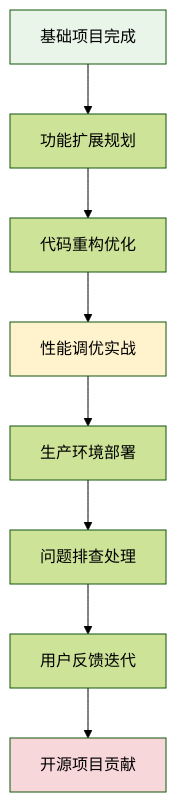
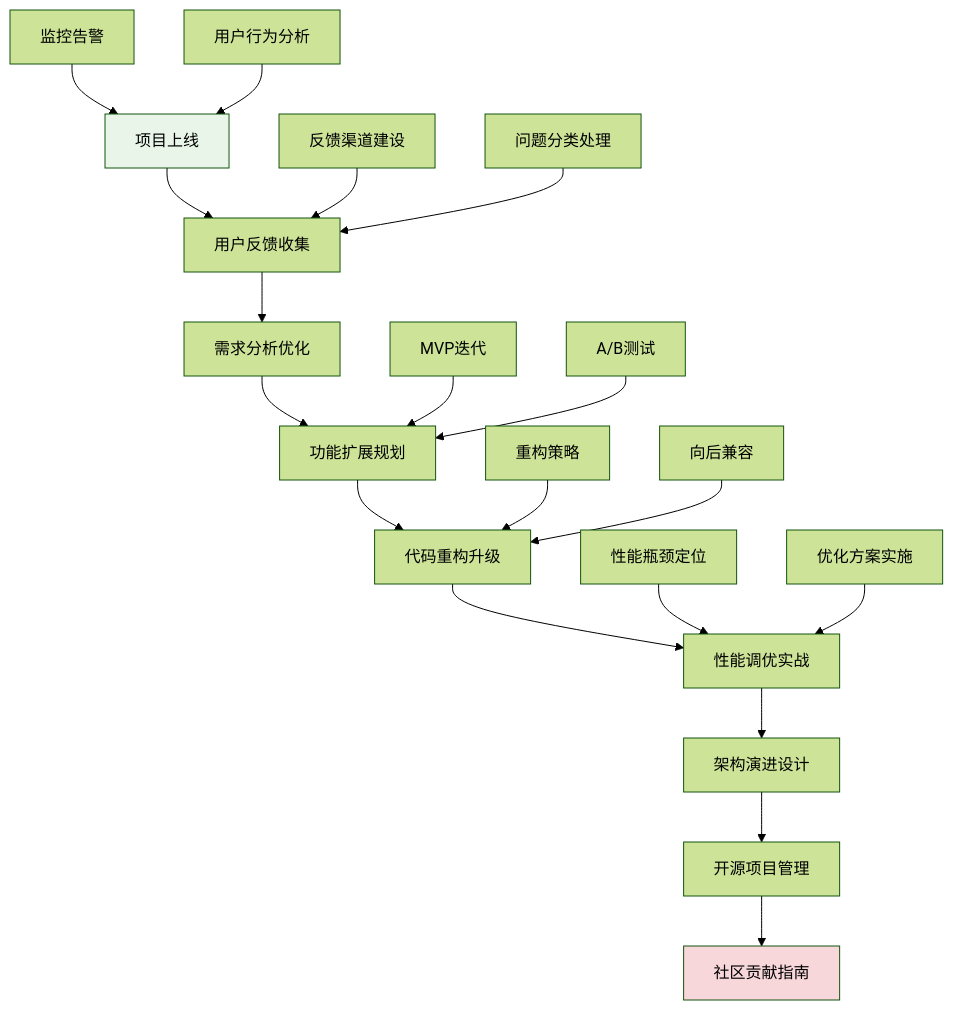
One commit to ogas1024/Chat-Room changed the first of 3 diagrams in docs/learning-v02/17-advanced-project-practice/README.md. Above: the diagram before and after it, drawn with Mermaid (forest theme). The commit also changed other lines of this file and 10 other files, not shown here.

````diff
--- a/docs/learning-v02/17-advanced-project-practice/README.md
+++ b/docs/learning-v02/17-advanced-project-practice/README.md
@@ -19,14 +19,29 @@
 ```mermaid
 graph TD
-    A[基础项目完成] --> B[功能扩展规划]
-    B --> C[代码重构优化]
-    C --> D[性能调优实战]
-    D --> E[生产环境部署]
-    E --> F[问题排查处理]
-    F --> G[用户反馈迭代]
-    G --> H[开源项目贡献]
-    
+    A[项目上线] --> B[用户反馈收集]
+    B --> C[需求分析优化]
+    C --> D[功能扩展规划]
+    D --> E[代码重构升级]
+    E --> F[性能调优实战]
+    F --> G[架构演进设计]
+    G --> H[开源项目管理]
+    H --> I[社区贡献指南]
+
+    A1[监控告警] --> A
+    A2[用户行为分析] --> A
+
+    B1[反馈渠道建设] --> B
+    B2[问题分类处理] --> B
+
+    D1[MVP迭代] --> D
+    D2[A/B测试] --> D
+
+    E1[重构策略] --> E
+    E2[向后兼容] --> E
+
+    F1[性能瓶颈定位] --> F
+    F2[优化方案实施] --> F
+
     style A fill:#e8f5e8
-    style D fill:#fff3cd
-    style H fill:#f8d7da
+    style I fill:#f8d7da
 ```
````
